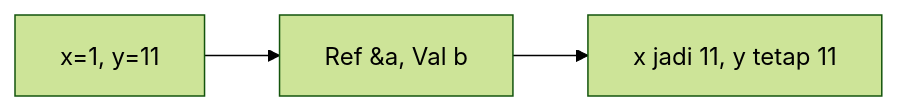
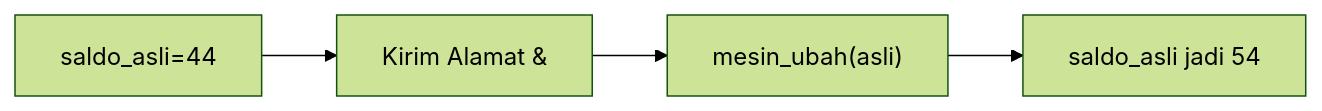
One commit to amnahwaida/OSNK_INF_PREP changed the third of 25 diagrams in part-c-pemahaman-cpp/04-fungsi/latihan/set-10.md. Above: the diagram before and after it, drawn with Mermaid (forest theme). The commit also changed other lines of this file and 71 other files, not shown here.

````diff
--- a/part-c-pemahaman-cpp/04-fungsi/latihan/set-10.md
+++ b/part-c-pemahaman-cpp/04-fungsi/latihan/set-10.md
@@ -74,5 +77,6 @@
 ```mermaid
 graph LR
-A["x=1, y=11"] --> B["Ref &a, Val b"]
-B --> C["x jadi 11, y tetap 11"]
+A["saldo_asli=44"] --> B["Kirim Alamat &"]
+B --> C["mesin_ubah(asli)"]
+C --> D["saldo_asli jadi 54"]
 ```
````
